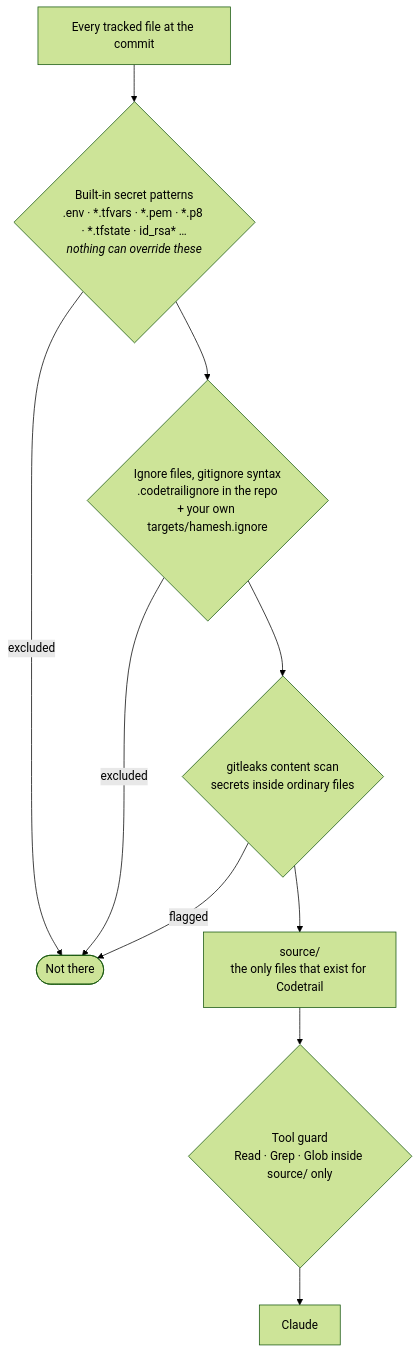
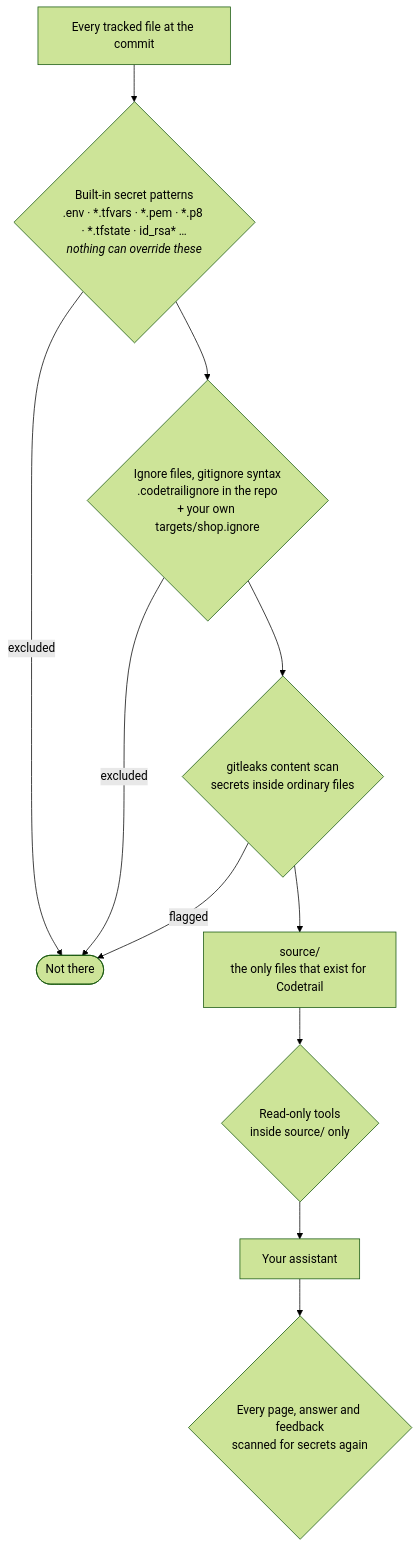
Before and after one commit to mohamed-abdelsattar92/codetrail: the third of 5 diagrams in README.md, drawn with Mermaid (forest theme). The commit also changed other lines of this file and 7 other files, not shown here.

````diff
--- a/README.md
+++ b/README.md
@@ -145,13 +184,14 @@
 ```mermaid
 flowchart TB
     tracked["Every tracked file at the commit"] --> builtin
     builtin{"Built-in secret patterns<br/>.env · *.tfvars · *.pem · *.p8 · *.tfstate · id_rsa* …<br/><i>nothing can override these</i>"}
     builtin -- excluded --> gone(["Not there"])
-    builtin --> ignore{"Ignore files, gitignore syntax<br/>.codetrailignore in the repo<br/>+ your own targets/hamesh.ignore"}
+    builtin --> ignore{"Ignore files, gitignore syntax<br/>.codetrailignore in the repo<br/>+ your own targets/shop.ignore"}
     ignore -- excluded --> gone
     ignore --> scan{"gitleaks content scan<br/>secrets inside ordinary files"}
     scan -- flagged --> gone
     scan --> source["source/<br/>the only files that exist for Codetrail"]
-    source --> guard{"Tool guard<br/>Read · Grep · Glob inside source/ only"}
-    guard --> claude["Claude"]
+    source --> guard{"Read-only tools<br/>inside source/ only"}
+    guard --> assistant["Your assistant"]
+    assistant --> out{"Every page, answer and feedback<br/>scanned for secrets again"}
 ```
````
